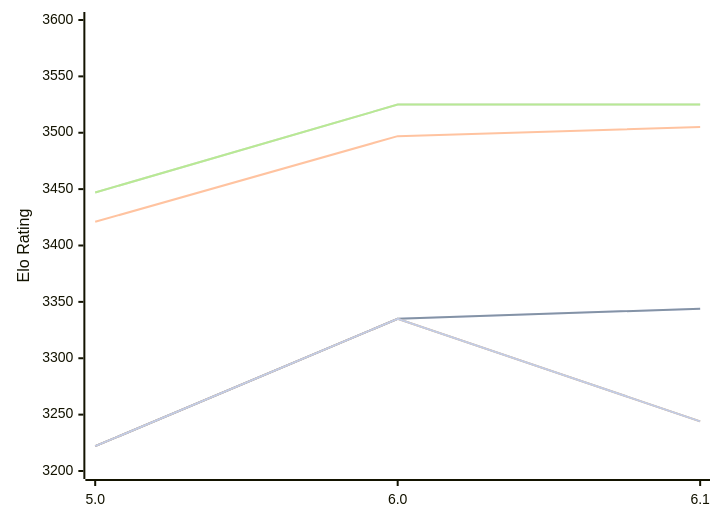
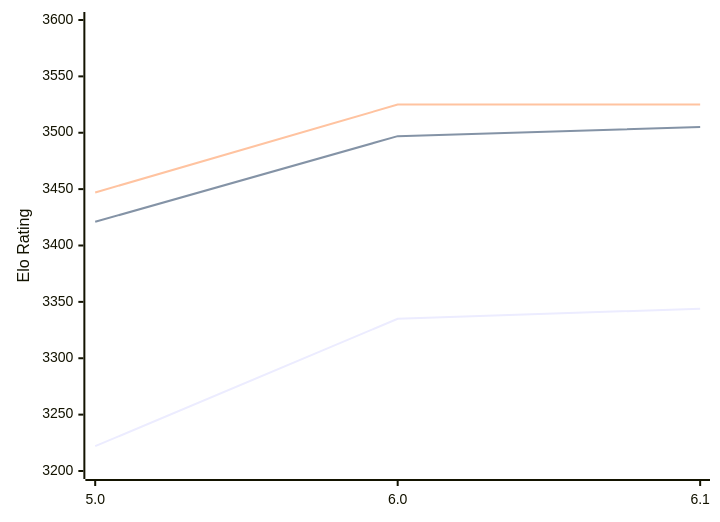
One commit to computer-chess-index/cci changed the diagram in engines/Starzix.md. Above: the diagram before and after it, drawn with Mermaid. The commit also changed other lines of this file, not shown here.

````diff
--- a/engines/Starzix.md
+++ b/engines/Starzix.md
@@ -49,13 +49,9 @@
 ```mermaid
 %%{init: {"theme":"base","themeVariables":{"seriesColors:['#a3a3a3','#222221','#faa371']}}}%%
 xychart-beta
   x-axis ["5.0", "6.0", "6.1"]
   y-axis "Elo Rating" 3200 --> 3600
-  line "" [3222, 3335, 3344]
   line "T1: STC (8.0+0.08s)" [3222, 3335, 3344]
   line "T1: LTC (60.0+0.60s)" [3421, 3497, 3505]
-  line "" [3447, 3525, 3525]
   line "T1: VLTC (2m24s+1.12s)" [3447, 3525, 3525]
-  line "" [3222, 3335,3244]
-  line "E1: STC (8.0+0.08s)" [3222, 3335,3244]
 ```
````
